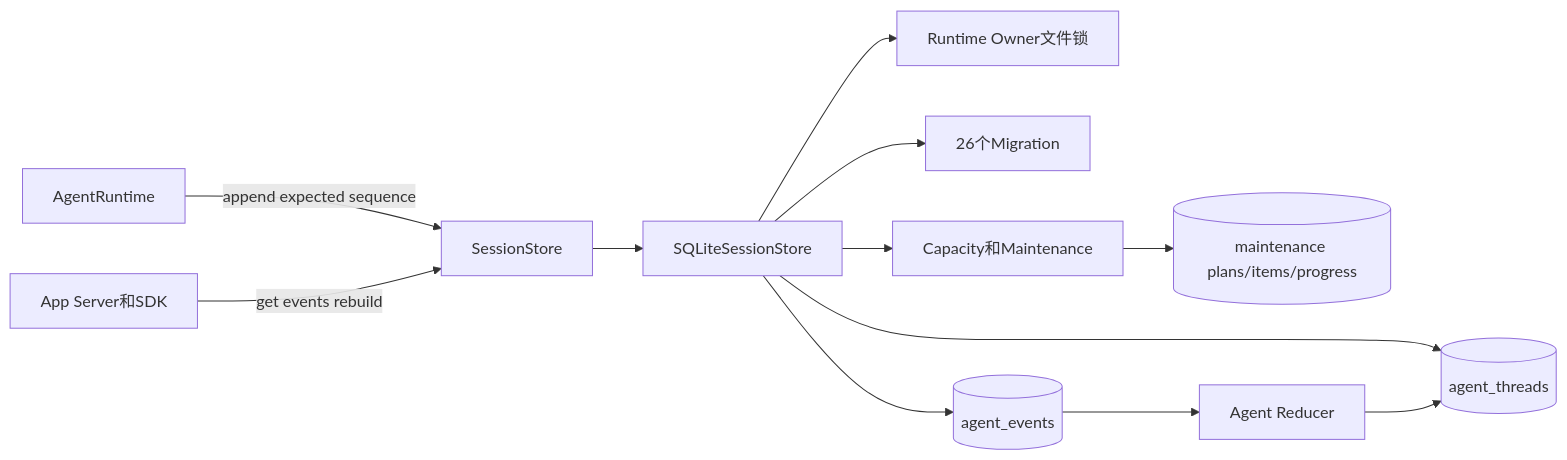
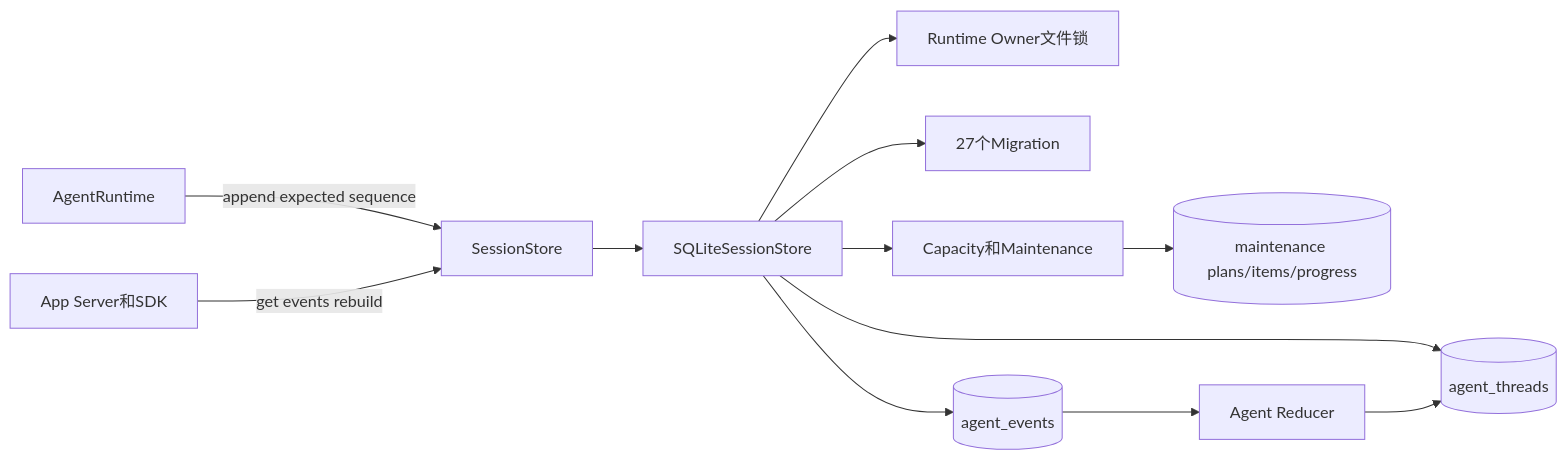
One commit to carrie1988/Harnessix changed the first of 9 diagrams in docs/modules/session.md. Above: the diagram before and after it, drawn with Mermaid. The commit also changed other lines of this file and 21 other files, not shown here.

````diff
--- a/docs/modules/session.md
+++ b/docs/modules/session.md
@@ -105,14 +105,14 @@
 ```mermaid
 flowchart LR
     Runtime[AgentRuntime] -->|append expected sequence| Port[SessionStore]
     App[App Server和SDK] -->|get events rebuild| Port
     Port --> SQLite[SQLiteSessionStore]
     SQLite --> Lock[Runtime Owner文件锁]
-    SQLite --> Migration[26个Migration]
+    SQLite --> Migration[27个Migration]
     SQLite --> Events[(agent_events)]
     SQLite --> Snapshot[(agent_threads)]
     SQLite --> Maintenance[Capacity和Maintenance]
     Maintenance --> Plan[(maintenance plans/items/progress)]
     Events --> Reducer[Agent Reducer]
     Reducer --> Snapshot
 ```
````
